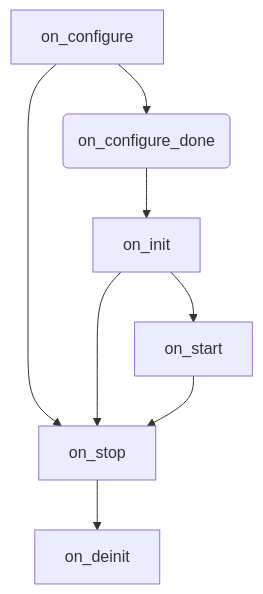
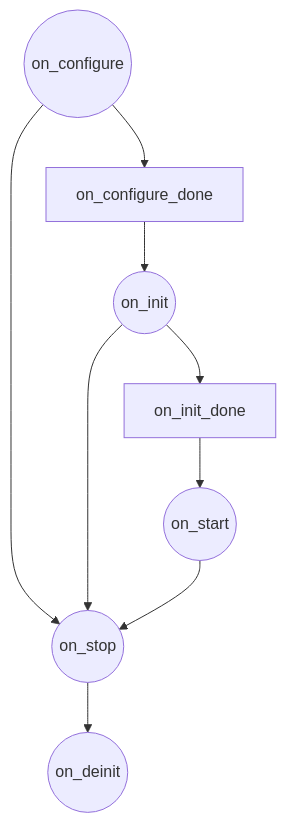
The diagram in docs/ten_framework/ten_packages/extension.md (TEN-framework/ten_framework), drawn with Mermaid before and after one commit.

````diff
--- a/docs/ten_framework/ten_packages/extension.md
+++ b/docs/ten_framework/ten_packages/extension.md
@@ -27,10 +27,12 @@
 ```mermaid
 graph TD;
-    on_configure-->on_configure_done(on_configure_done)
+    on_configure((on_configure));
+    on_configure-->on_configure_done
     on_configure_done-->on_init;
     on_configure-->on_stop;
-    on_init-->on_start;
+    on_init((on_init))-->on_init_done;
+    on_init_done-->on_start;
     on_init-->on_stop;
-    on_start-->on_stop;
-    on_stop-->on_deinit;
+    on_start((on_start))-->on_stop;
+    on_stop((on_stop))-->on_deinit((on_deinit));
 ```
````
